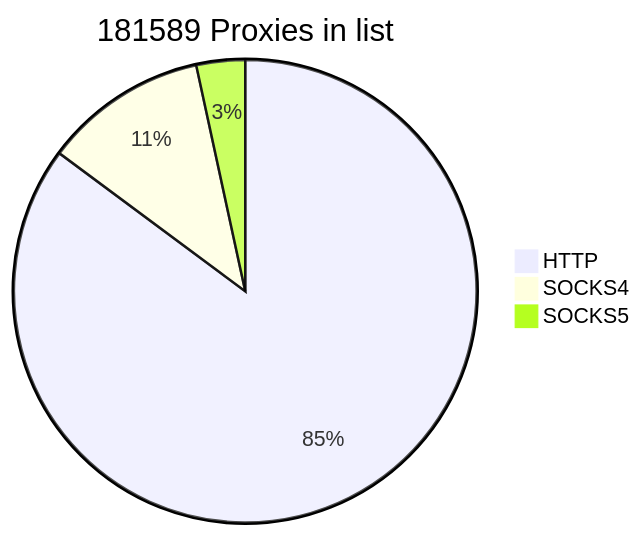
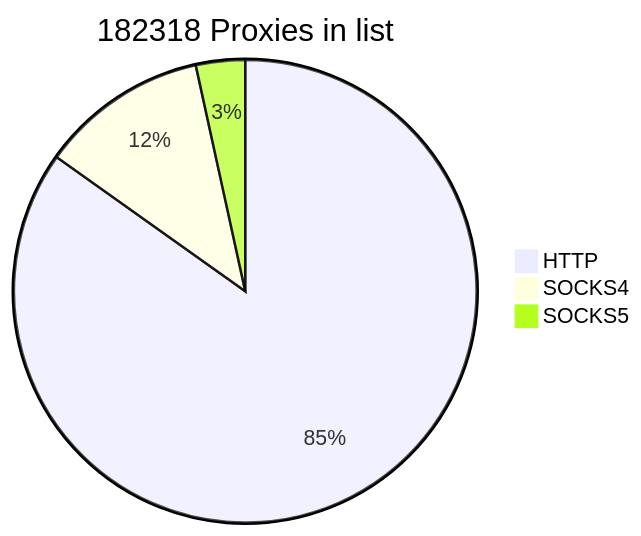
The first of 2 diagrams in README.md (cutipu/proxylist), drawn with Mermaid before and after one commit. The commit also changed other lines of this file, not shown here.

````diff
--- a/README.md
+++ b/README.md
@@ -2,7 +2,7 @@
 ```mermaid
-pie title 181589 Proxies in list
-    "HTTP" : 154653
-    "SOCKS4" : 20760
-    "SOCKS5" : 6176
+pie title 182318 Proxies in list
+    "HTTP" : 154676
+    "SOCKS4" : 21384
+    "SOCKS5" : 6258
             
 ```
````
